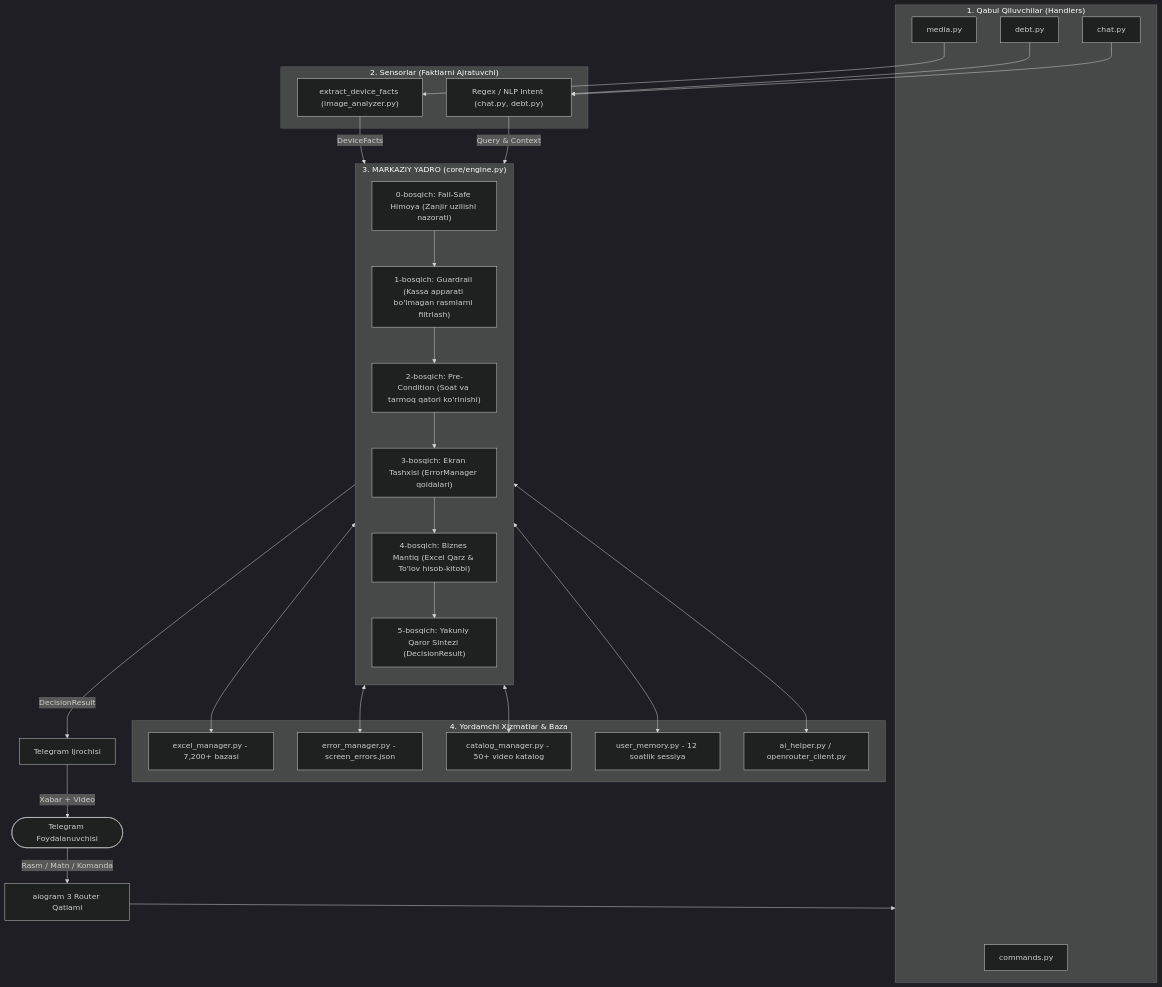
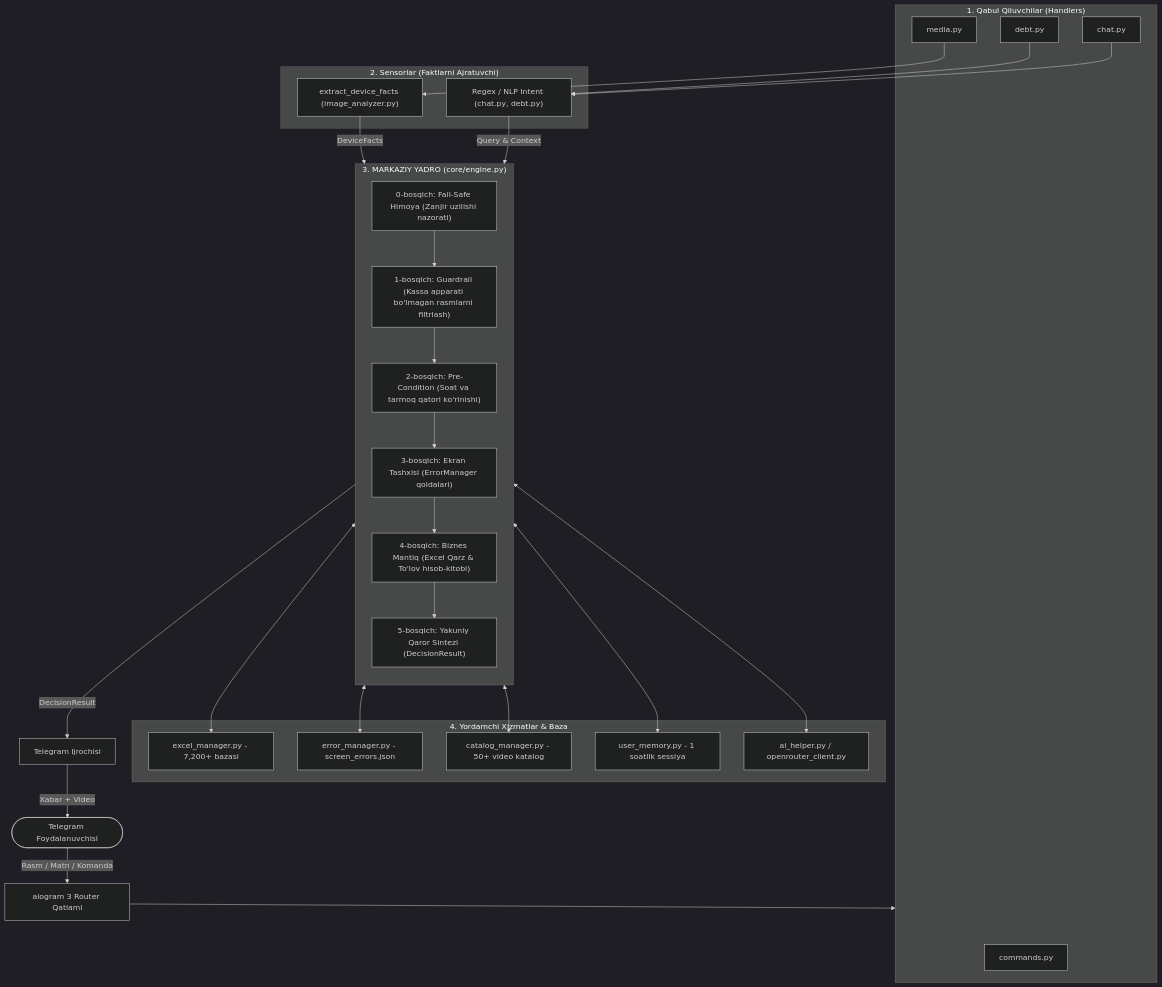
The diagram in ARCHITECTURE.md (AxionSoftware-Inc/Mars-Automation), drawn with Mermaid (dark theme) before and after one commit. The commit also changed other lines of this file and 3 other files, not shown here.

Commit message:
config: set user memory retention TTL to 1 hour (3600 seconds)

````diff
--- a/ARCHITECTURE.md
+++ b/ARCHITECTURE.md
@@ -24,54 +24,54 @@
 ```mermaid
 flowchart TD
     User([Telegram Foydalanuvchisi]) -->|Rasm / Matn / Komanda| Bot[aiogram 3 Router Qatlami]
 
     subgraph Handlers ["1. Qabul Qiluvchilar (Handlers)"]
         CmdH[commands.py]
         MediaH[media.py]
         DebtH[debt.py]
         ChatH[chat.py]
     end
 
     Bot --> Handlers
 
     subgraph Sensors ["2. Sensorlar (Faktlarni Ajratuvchi)"]
         VisionSensor["extract_device_facts (image_analyzer.py)"]
         TextSensor["Regex / NLP Intent (chat.py, debt.py)"]
     end
 
     MediaH --> VisionSensor
     DebtH --> TextSensor
     ChatH --> TextSensor
 
     subgraph Core ["3. MARKAZIY YADRO (core/engine.py)"]
         direction TB
         S0["0-bosqich: Fail-Safe Himoya (Zanjir uzilishi nazorati)"]
         S1["1-bosqich: Guardrail (Kassa apparati bo'lmagan rasmlarni filtrlash)"]
         S2["2-bosqich: Pre-Condition (Soat va tarmoq qatori ko'rinishi)"]
         S3["3-bosqich: Ekran Tashxisi (ErrorManager qoidalari)"]
         S4["4-bosqich: Biznes Mantiq (Excel Qarz & To'lov hisob-kitobi)"]
         S5["5-bosqich: Yakuniy Qaror Sintezi (DecisionResult)"]
 
         S0 --> S1 --> S2 --> S3 --> S4 --> S5
     end
 
     VisionSensor -->|DeviceFacts| Core
     TextSensor -->|Query & Context| Core
 
     subgraph Services ["4. Yordamchi Xizmatlar & Baza"]
         EM[excel_manager.py - 7,200+ bazasi]
         ErrM[error_manager.py - screen_errors.json]
         CatM[catalog_manager.py - 50+ video katalog]
-        UM[user_memory.py - 12 soatlik sessiya]
+        UM[user_memory.py - 1 soatlik sessiya]
         AI[ai_helper.py / openrouter_client.py]
     end
 
     Core <--> EM
     Core <--> ErrM
     Core <--> CatM
     Core <--> UM
     Core <--> AI
 
     S5 -->|DecisionResult| Runner[Telegram Ijrochisi]
     Runner -->|Xabar + Video| User
 ```
````
